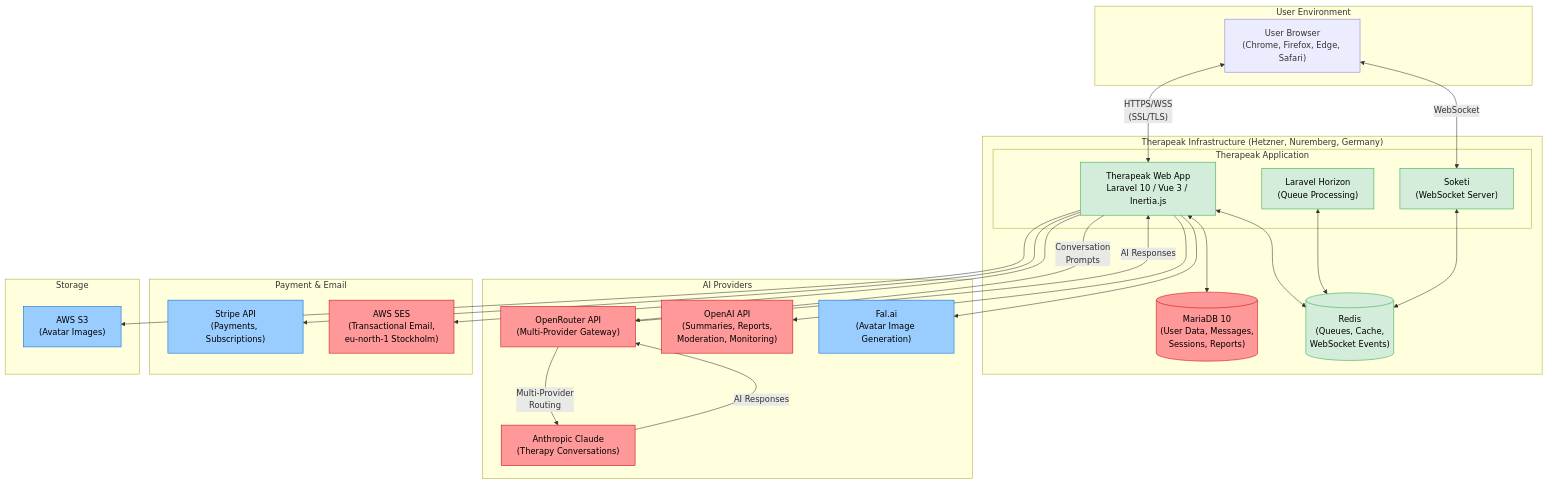
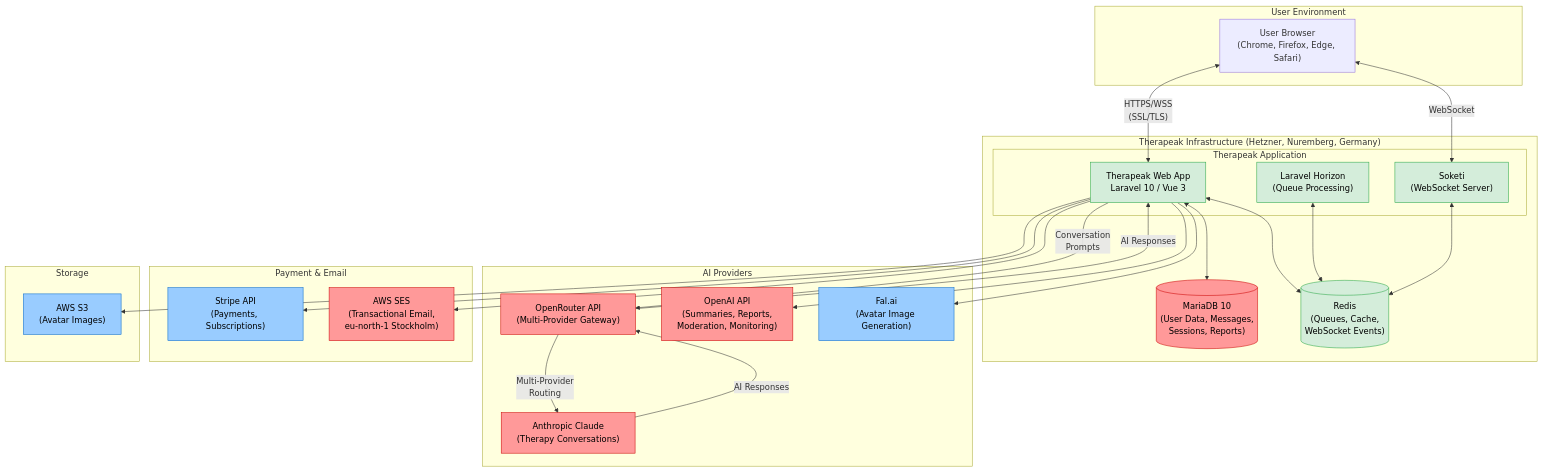
Before and after one commit to lauwersoft/therapeakqms: the first of 4 diagrams in qms/documents/diagrams/software-architecture.md, drawn with Mermaid. The commit also changed other lines of this file and 4 other files, not shown here.

````diff
--- a/qms/documents/diagrams/software-architecture.md
+++ b/qms/documents/diagrams/software-architecture.md
@@ -23,62 +23,62 @@
 ```mermaid
 graph TB
     subgraph "User Environment"
         USER["User Browser<br/>(Chrome, Firefox, Edge, Safari)"]
     end
 
     subgraph "Therapeak Infrastructure (Hetzner, Nuremberg, Germany)"
         subgraph "Therapeak Application"
-            WEBAPP["Therapeak Web App<br/>Laravel 10 / Vue 3 / Inertia.js"]
+            WEBAPP["Therapeak Web App<br/>Laravel 10 / Vue 3"]
             HORIZON["Laravel Horizon<br/>(Queue Processing)"]
             SOKETI["Soketi<br/>(WebSocket Server)"]
         end
 
         MARIADB[("MariaDB 10<br/>(User Data, Messages,<br/>Sessions, Reports)")]
         REDIS[("Redis<br/>(Queues, Cache,<br/>WebSocket Events)")]
     end
 
     subgraph "AI Providers"
         OPENROUTER["OpenRouter API<br/>(Multi-Provider Gateway)"]
         CLAUDE["Anthropic Claude<br/>(Therapy Conversations)"]
         OPENAI["OpenAI API<br/>(Summaries, Reports,<br/>Moderation, Monitoring)"]
         FALAI["Fal.ai<br/>(Avatar Image Generation)"]
     end
 
     subgraph "Payment & Email"
         STRIPE["Stripe API<br/>(Payments, Subscriptions)"]
         AWSSES["AWS SES<br/>(Transactional Email,<br/>eu-north-1 Stockholm)"]
     end
 
     subgraph "Storage"
         S3["AWS S3<br/>(Avatar Images)"]
     end
 
     USER <-->|"HTTPS/WSS<br/>(SSL/TLS)"| WEBAPP
     USER <-->|"WebSocket"| SOKETI
 
     WEBAPP <--> MARIADB
     WEBAPP <--> REDIS
     HORIZON <--> REDIS
     SOKETI <--> REDIS
 
 
     WEBAPP -->|"Conversation<br/>Prompts"| OPENROUTER
     OPENROUTER -->|"Multi-Provider<br/>Routing"| CLAUDE
     CLAUDE -->|"AI Responses"| OPENROUTER
     OPENROUTER -->|"AI Responses"| WEBAPP
 
     WEBAPP --> OPENAI
     WEBAPP --> FALAI
 
     WEBAPP --> STRIPE
     WEBAPP --> AWSSES
     WEBAPP --> S3
 
     classDef healthData fill:#ff9999,stroke:#cc0000,color:#000
     classDef nonHealthData fill:#99ccff,stroke:#0066cc,color:#000
     classDef infrastructure fill:#d4edda,stroke:#28a745,color:#000
 
     class MARIADB,OPENROUTER,CLAUDE,OPENAI,AWSSES healthData
     class STRIPE,FALAI,S3 nonHealthData
     class WEBAPP,HORIZON,SOKETI,REDIS infrastructure
 ```
````
